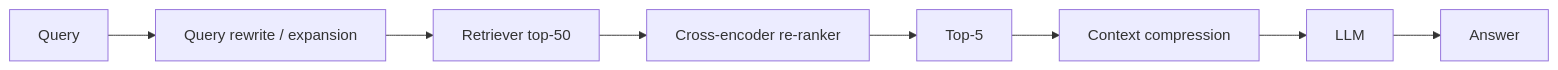
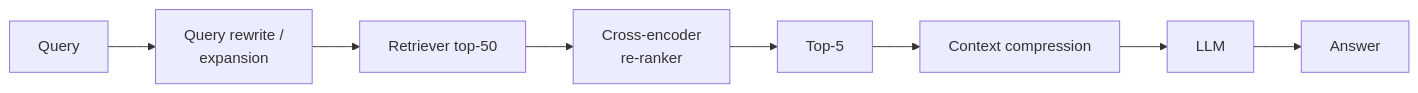
Before and after one commit to ajay-nikumbh/RAG-From-Basics-to-Production: the diagram in 02. Advanced RAG/README.md, drawn with Mermaid. The commit also changed other lines of this file and 38 other files, not shown here.

First line of the commit message:
Group root README by pattern, widen tables, wrap diagram labels

````diff
--- a/02. Advanced RAG/README.md
+++ b/02. Advanced RAG/README.md
@@ -24,6 +24,6 @@
 ```mermaid
 flowchart LR
-    Q[Query] --> RW[Query rewrite / expansion] --> R[Retriever top-50]
-    R --> RR[Cross-encoder re-ranker] --> K[Top-5] --> CC[Context compression]
+    Q[Query] --> RW[Query rewrite /<br/>expansion] --> R[Retriever top-50]
+    R --> RR[Cross-encoder<br/>re-ranker] --> K[Top-5] --> CC[Context compression]
     CC --> L[LLM] --> A[Answer]
 ```
````
